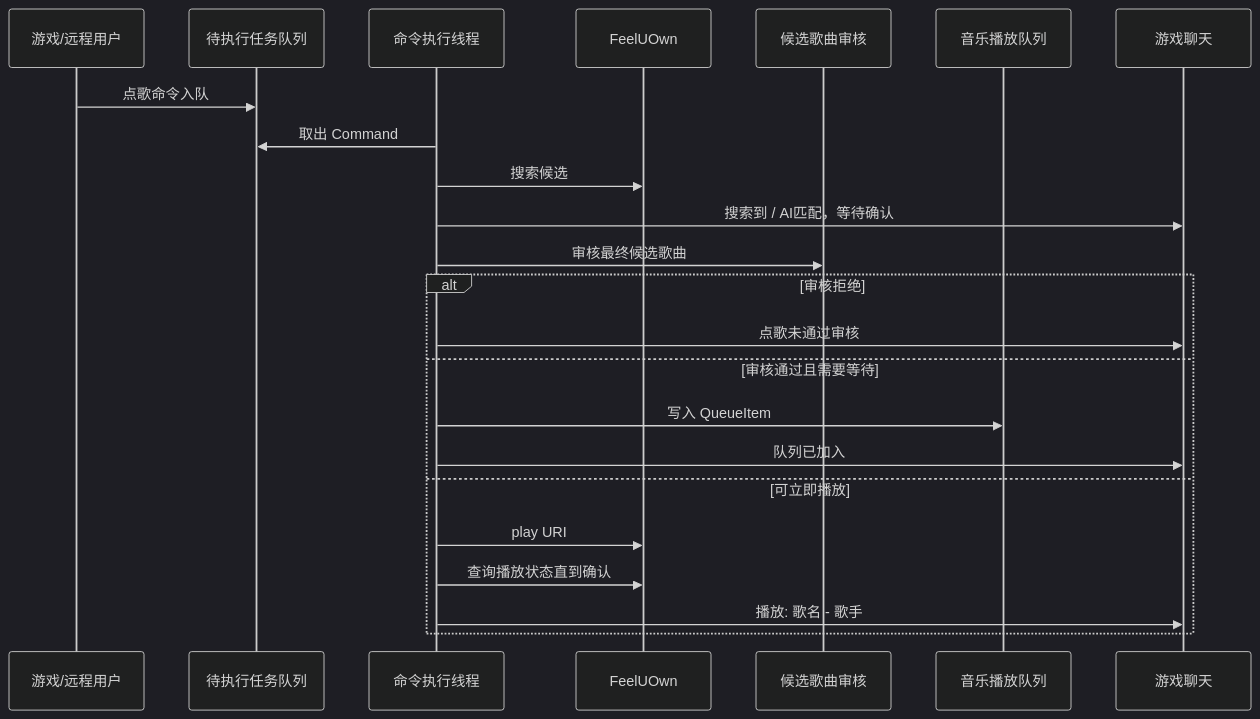
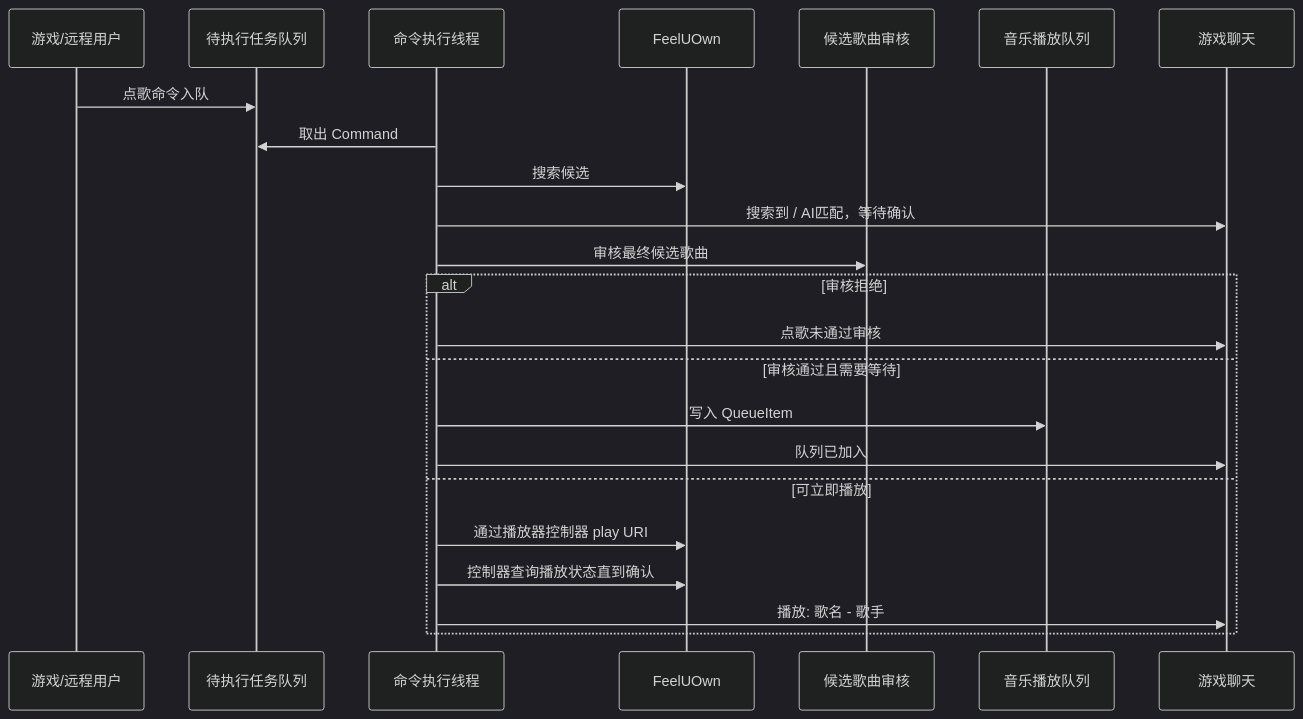
One commit to XingNian-www/Miliastra-Wonderland-Music changed the second of 2 diagrams in docs/song-request-flow.md. Above: the diagram before and after it, drawn with Mermaid (dark theme). The commit also changed other lines of this file and 22 other files, not shown here.

````diff
--- a/docs/song-request-flow.md
+++ b/docs/song-request-flow.md
@@ -185,26 +194,26 @@
 ```mermaid
 sequenceDiagram
     participant User as 游戏/远程用户
     participant Pending as 待执行任务队列
     participant Exec as 命令执行线程
     participant Fuo as FeelUOwn
     participant Review as 候选歌曲审核
     participant Queue as 音乐播放队列
     participant Game as 游戏聊天
 
     User->>Pending: 点歌命令入队
     Exec->>Pending: 取出 Command
     Exec->>Fuo: 搜索候选
     Exec->>Game: 搜索到 / AI匹配，等待确认
     Exec->>Review: 审核最终候选歌曲
     alt 审核拒绝
         Exec->>Game: 点歌未通过审核
     else 审核通过且需要等待
         Exec->>Queue: 写入 QueueItem
         Exec->>Game: 队列已加入
     else 可立即播放
-        Exec->>Fuo: play URI
-        Exec->>Fuo: 查询播放状态直到确认
+        Exec->>Fuo: 通过播放器控制器 play URI
+        Exec->>Fuo: 控制器查询播放状态直到确认
         Exec->>Game: 播放: 歌名 - 歌手
     end
 ```
````
